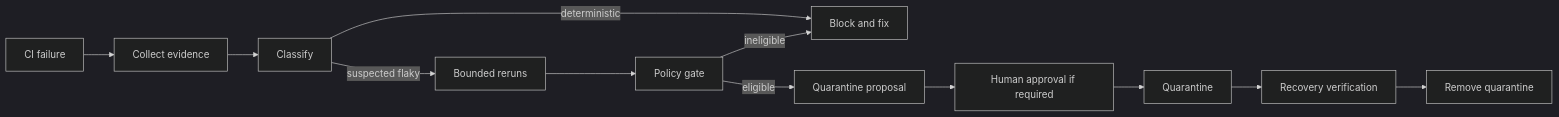
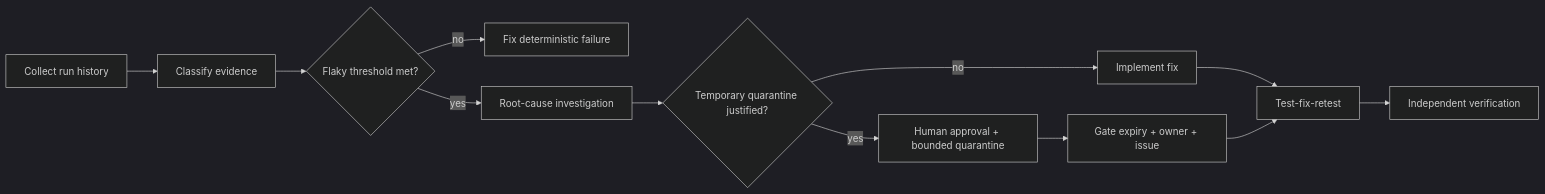
Before and after one commit to hakodev2k/AI-Engineering: the diagram in Daily AI Engineering Kit/agent-ci-flaky-test-quarantine-gate/README.md, drawn with Mermaid (dark theme). The commit also changed other lines of this file and 19 other files, not shown here.

Commit message:
Daily AI Engineering Kit for agent-ci-flaky-test-quarantine-gate

````diff
--- a/Daily AI Engineering Kit/agent-ci-flaky-test-quarantine-gate/README.md
+++ b/Daily AI Engineering Kit/agent-ci-flaky-test-quarantine-gate/README.md
@@ -14,14 +19,14 @@
 ```mermaid
 flowchart LR
-  A[CI failure] --> B[Collect evidence]
-  B --> C[Classify]
-  C -->|deterministic| D[Block and fix]
-  C -->|suspected flaky| E[Bounded reruns]
-  E --> F[Policy gate]
-  F -->|eligible| G[Quarantine proposal]
-  F -->|ineligible| D
-  G --> H[Human approval if required]
-  H --> I[Quarantine]
-  I --> J[Recovery verification]
-  J --> K[Remove quarantine]
+A[Collect run history] --> B[Classify evidence]
+B --> C{Flaky threshold met?}
+C -- no --> D[Fix deterministic failure]
+C -- yes --> E[Root-cause investigation]
+E --> F{Temporary quarantine justified?}
+F -- no --> G[Implement fix]
+F -- yes --> H[Human approval + bounded quarantine]
+H --> I[Gate expiry + owner + issue]
+G --> J[Test-fix-retest]
+I --> J
+J --> K[Independent verification]
 ```
````
